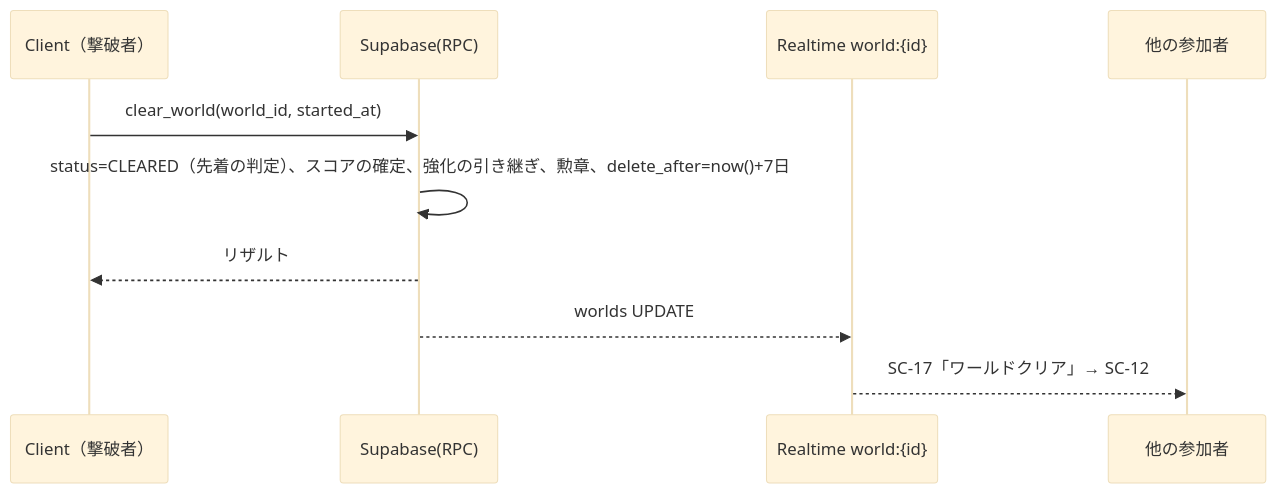
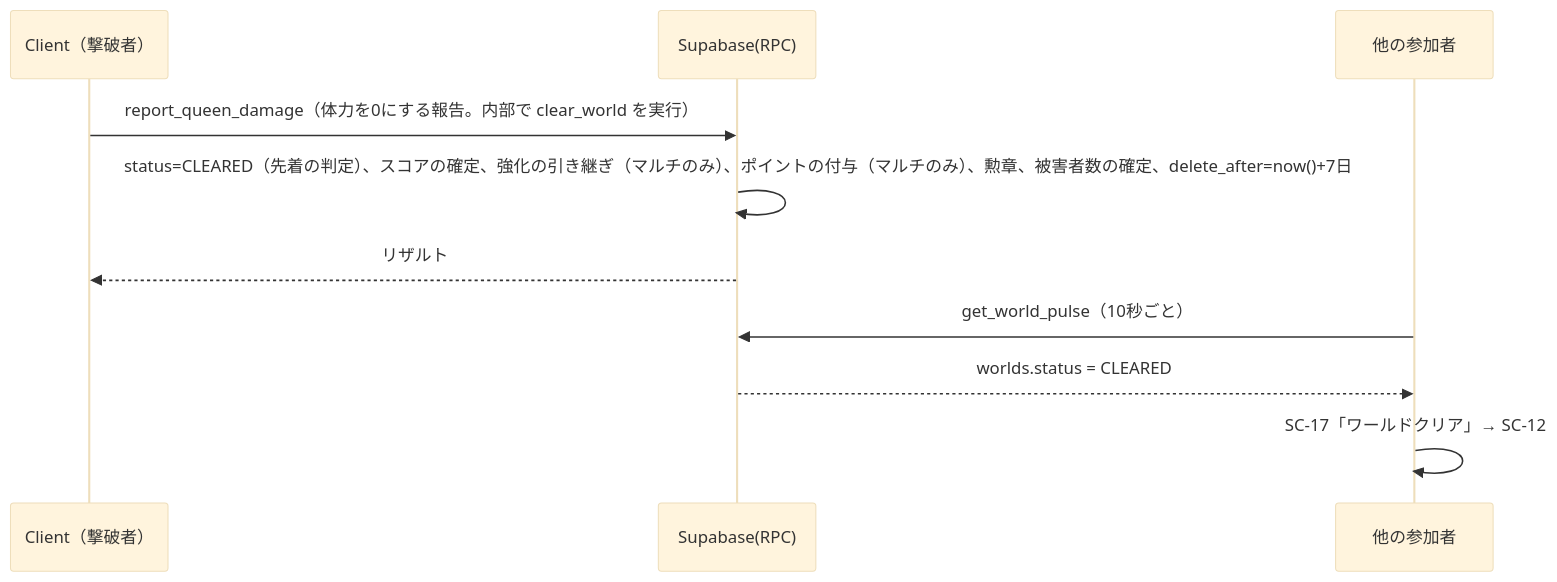
One commit to HasegawaTakatune/Relay-Resistance changed the eighth of 8 diagrams in docs/04_アーキテクチャ.md. Above: the diagram before and after it, drawn with Mermaid (base theme). The commit also changed other lines of this file and 5 other files, not shown here.

````diff
--- a/docs/04_アーキテクチャ.md
+++ b/docs/04_アーキテクチャ.md
@@ -531,12 +629,12 @@
 ```mermaid
 sequenceDiagram
     participant C as Client（撃破者）
     participant DB as Supabase(RPC)
-    participant RT as Realtime world:{id}
     participant O as 他の参加者
-    C->>DB: clear_world(world_id, started_at)
-    DB->>DB: status=CLEARED（先着の判定）、スコアの確定、強化の引き継ぎ、勲章、delete_after=now()+7日
+    C->>DB: report_queen_damage（体力を0にする報告。内部で clear_world を実行）
+    DB->>DB: status=CLEARED（先着の判定）、スコアの確定、強化の引き継ぎ（マルチのみ）、ポイントの付与（マルチのみ）、勲章、被害者数の確定、delete_after=now()+7日
     DB-->>C: リザルト
-    DB-->>RT: worlds UPDATE
-    RT-->>O: SC-17「ワールドクリア」→ SC-12
+    O->>DB: get_world_pulse（10秒ごと）
+    DB-->>O: worlds.status = CLEARED
+    O->>O: SC-17「ワールドクリア」→ SC-12
 ```
````
